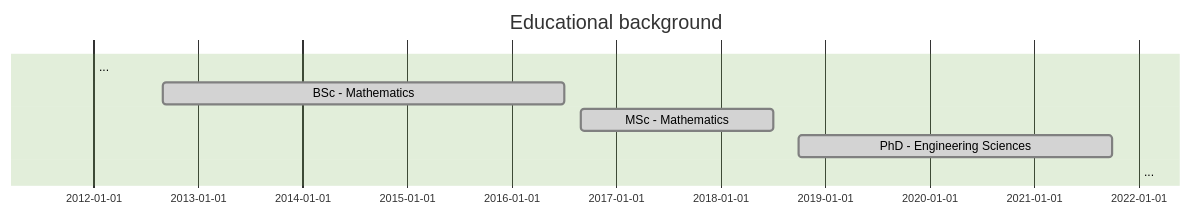
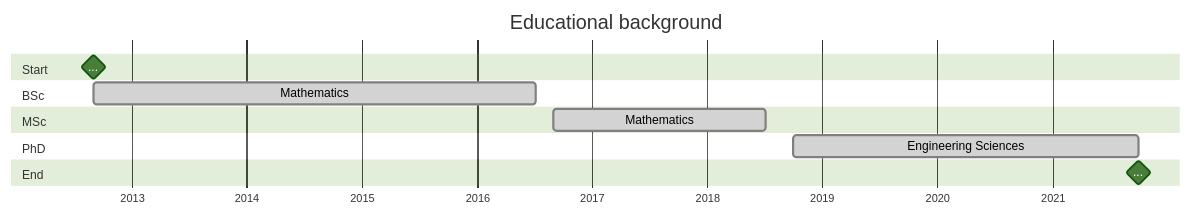
The diagram in _tabs/education.md (olcruzgonzalez/olcruzgonzalez.github.io), drawn with Mermaid (forest theme) before and after one commit. The commit also changed other lines of this file and 1 other file, not shown here.

````diff
--- a/_tabs/education.md
+++ b/_tabs/education.md
@@ -126,10 +36,16 @@
 ```mermaid
- gantt
- dateFormat  YYYY-MM-DD
-  title  Educational background
-  ... :done, aa, 2012-01-01, 2012-01-01
-  BSc - Mathematics :done, a, 2012-09-01, 2016-07-04
-  MSc - Mathematics :done, b, 2016-09-01, 2018-07-06
-  PhD - Engineering Sciences :done, c, 2018-10-01, 2021-09-30
-  ... :done, aa, 2022-01-01, 2022-01-01
+  gantt
+    title  Educational background
+    dateFormat  YYYY-MM-DD
+    axisFormat %Y
+  section Start
+    ... :milestone, aa, 2012-09-01, 2012-09-01
+  section BSc
+    Mathematics :done, a, 2012-09-01, 2016-07-04
+  section MSc
+    Mathematics :done, b, 2016-09-01, 2018-07-06
+  section PhD
+    Engineering Sciences :done, c, 2018-10-01, 2021-09-30
+  section End
+    ... :milestone, aa, 2021-10-01, 2021-10-01
 ```
````
